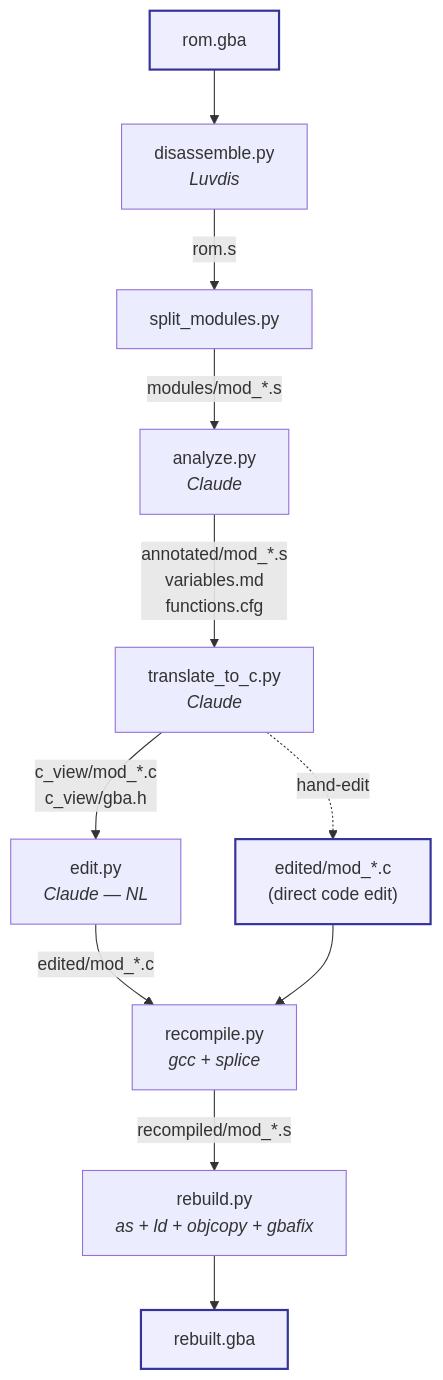
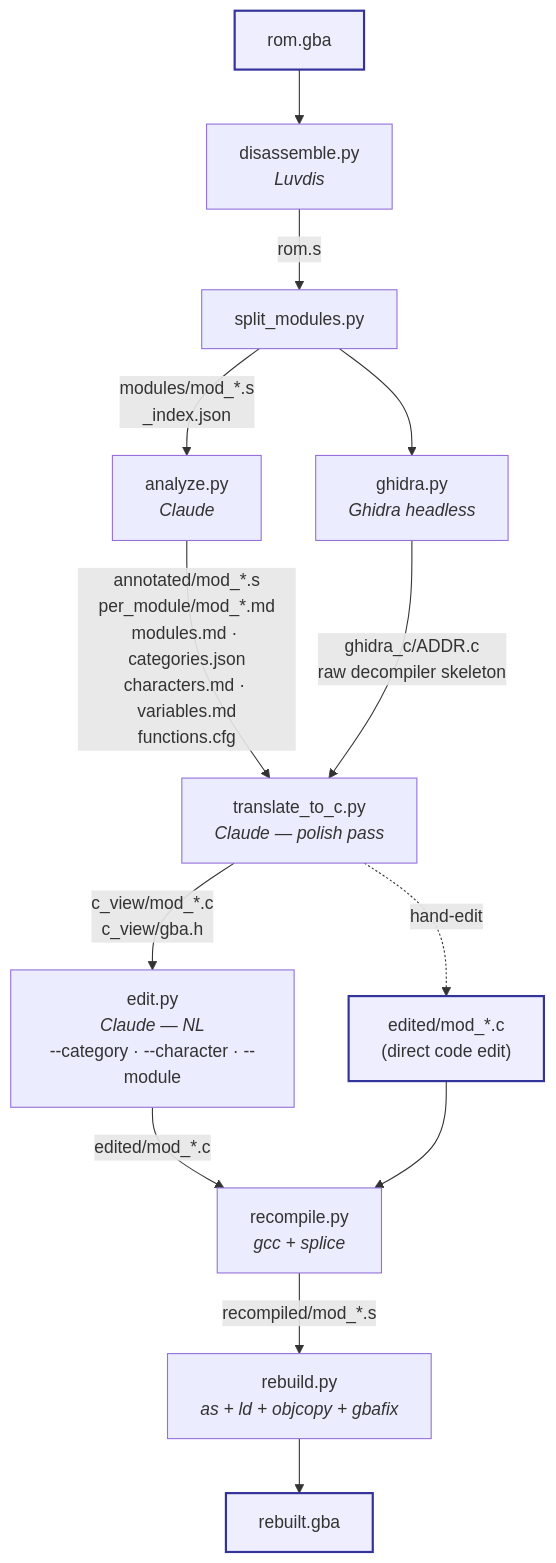
The diagram in tools/gba_convert/README.md (ekomoonstudios-spec/gba_convert), drawn with Mermaid before and after one commit. The commit also changed other lines of this file and 15 other files, not shown here.

````diff
--- a/tools/gba_convert/README.md
+++ b/tools/gba_convert/README.md
@@ -46,15 +54,17 @@
 ```mermaid
 flowchart TD
     ROM["rom.gba"]:::io --> D[disassemble.py<br/><i>Luvdis</i>]
     D -->|rom.s| S[split_modules.py]
-    S -->|modules/mod_*.s| A[analyze.py<br/><i>Claude</i>]
-    A -->|annotated/mod_*.s<br/>variables.md<br/>functions.cfg| T[translate_to_c.py<br/><i>Claude</i>]
-    T -->|c_view/mod_*.c<br/>c_view/gba.h| ED[edit.py<br/><i>Claude — NL</i>]
+    S -->|modules/mod_*.s<br/>_index.json| A[analyze.py<br/><i>Claude</i>]
+    S --> G[ghidra.py<br/><i>Ghidra headless</i>]
+    A -->|annotated/mod_*.s<br/>per_module/mod_*.md<br/>modules.md · categories.json<br/>characters.md · variables.md<br/>functions.cfg| T[translate_to_c.py<br/><i>Claude — polish pass</i>]
+    G -->|ghidra_c/ADDR.c<br/>raw decompiler skeleton| T
+    T -->|c_view/mod_*.c<br/>c_view/gba.h| ED["edit.py<br/><i>Claude — NL</i><br/>--category · --character · --module"]
     T -.->|hand-edit| MAN["edited/mod_*.c<br/>(direct code edit)"]:::io
     ED -->|edited/mod_*.c| RC[recompile.py<br/><i>gcc + splice</i>]
     MAN --> RC
     RC -->|recompiled/mod_*.s| RB[rebuild.py<br/><i>as + ld + objcopy + gbafix</i>]
     RB --> OUT["rebuilt.gba"]:::io
 
     classDef io fill:#eef,stroke:#339,stroke-width:2px;
 ```
````
